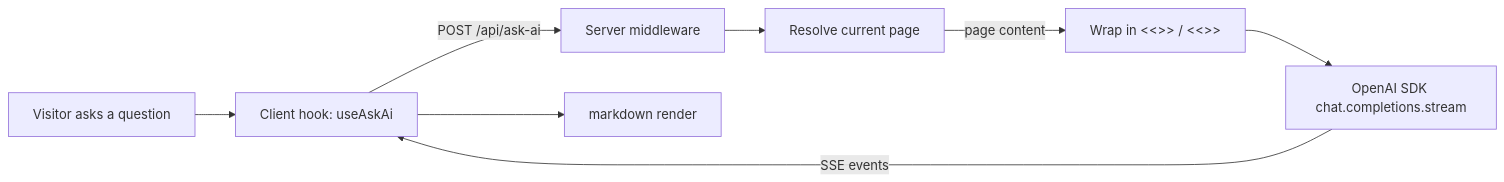
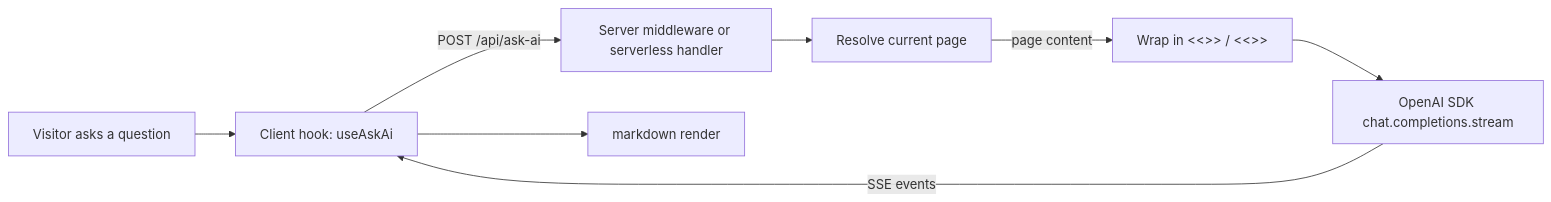
The diagram in docs/docs/(plugins)/content/plugin-ask-ai.mdx (bolt-docs/boltdocs), drawn with Mermaid before and after one commit. The commit also changed other lines of this file and 21 other files, not shown here.

````diff
--- a/docs/docs/(plugins)/content/plugin-ask-ai.mdx
+++ b/docs/docs/(plugins)/content/plugin-ask-ai.mdx
@@ -20,10 +20,10 @@
 ```mermaid
 flowchart LR
   A[Visitor asks a question] --> B[Client hook: useAskAi]
-  B -->|POST /api/ask-ai| C[Server middleware]
+  B -->|POST /api/ask-ai| C[Server middleware or serverless handler]
   C --> D[Resolve current page]
   D -->|page content| E[Wrap in <<<DOCS_START>>> / <<<DOCS_END>>>]
   E --> F[OpenAI SDK chat.completions.stream]
   F -->|SSE events| B
   B --> G[<Streamdown> markdown render]
 ```
````
